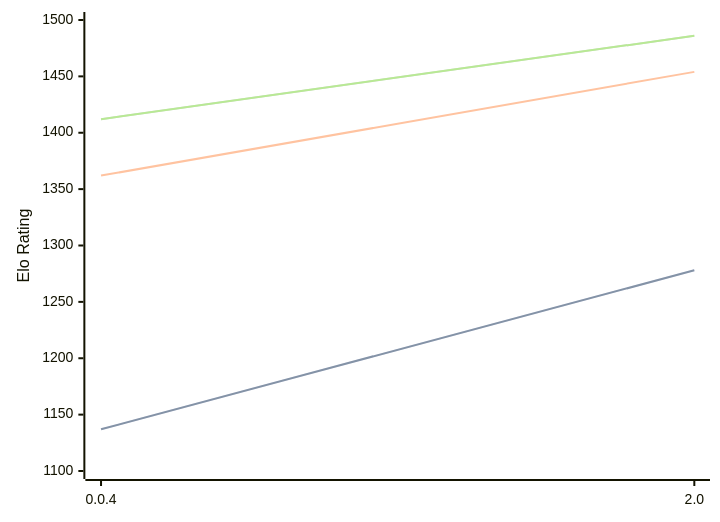
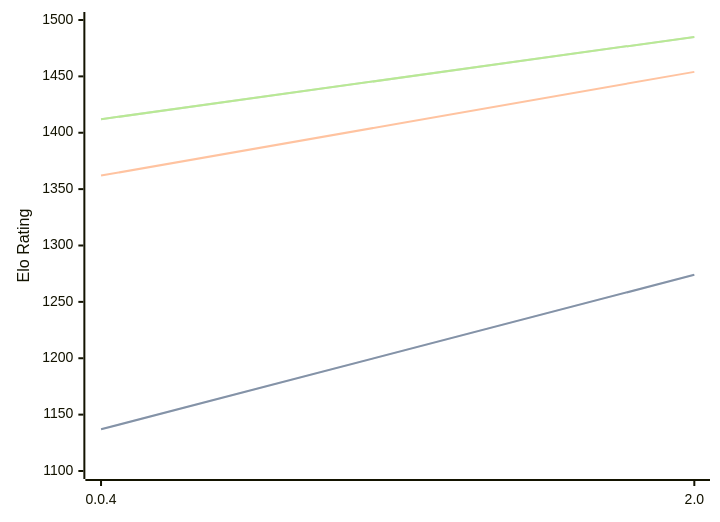
The diagram in engines/Oops!Mate.md (computer-chess-index/cci), drawn with Mermaid before and after one commit. The commit also changed other lines of this file, not shown here.

Commit message:
Update CCI Ratings (ELO VLTC) - 2026-09-12

````diff
--- a/engines/Oops!Mate.md
+++ b/engines/Oops!Mate.md
@@ -33,11 +33,11 @@
 ```mermaid
 %%{init: {"theme":"base","themeVariables":{"seriesColors:['#a3a3a3','#222221','#faa371']}}}%%
 xychart-beta
   x-axis ["0.0.4", "2.0"]
   y-axis "Elo Rating" 1100 --> 1500
-  line "" [1137, 1278]
-  line "STC (8.0+0.08s)" [1137, 1278]
+  line "" [1137, 1274]
+  line "STC (8.0+0.08s)" [1137, 1274]
   line "LTC (60.0+0.60s)" [1362, 1454]
-  line "" [1412, 1486]
-  line "VLTC (2m24s+1.12s)" [1412, 1486]
+  line "" [1412, 1485]
+  line "VLTC (2m24s+1.12s)" [1412, 1485]
 ```
````
